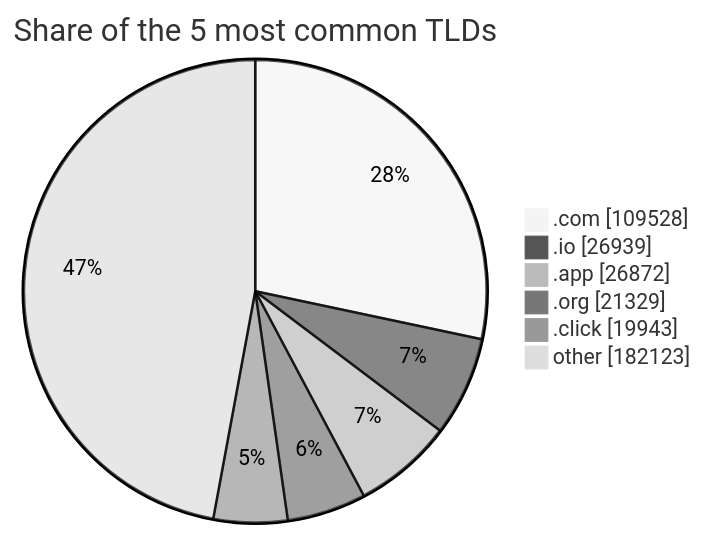
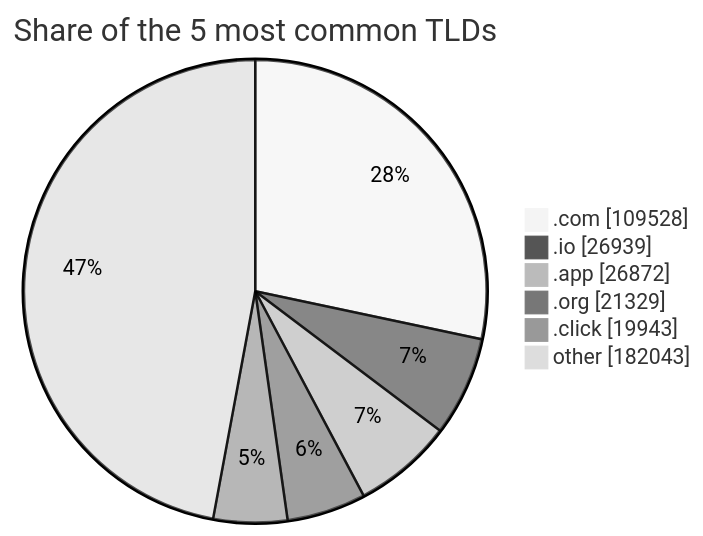
One commit to DNSBunker/CTI changed the third of 3 diagrams in README.md. Above: the diagram before and after it, drawn with Mermaid (neutral theme). The commit also changed other lines of this file and 3 other files, not shown here.

````diff
--- a/README.md
+++ b/README.md
@@ -81,9 +81,9 @@
 ```mermaid
 pie showData title Share of the 5 most common TLDs
     ".com" : 109528
     ".io" : 26939
     ".app" : 26872
     ".org" : 21329
     ".click" : 19943
-    "other" : 182123
+    "other" : 182043
 ```
````
